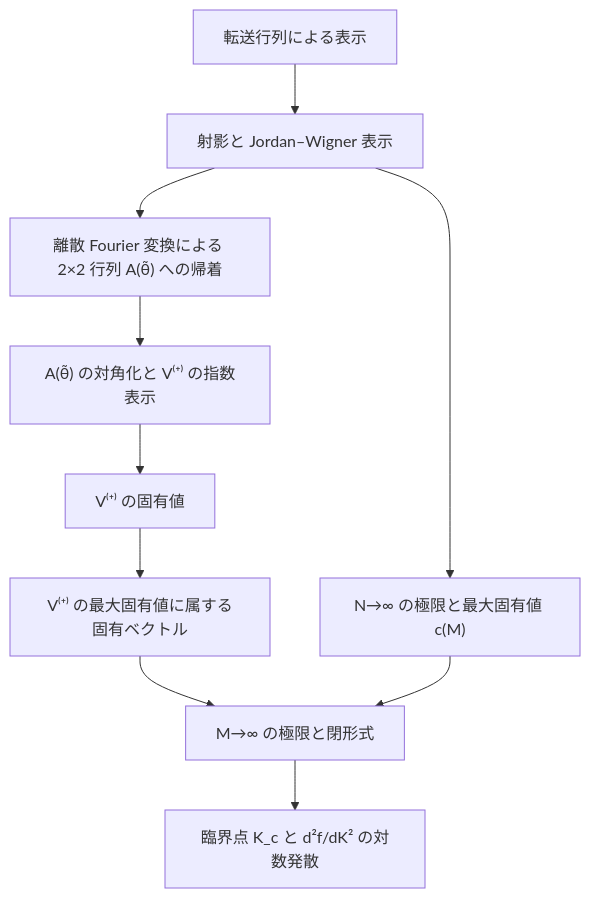
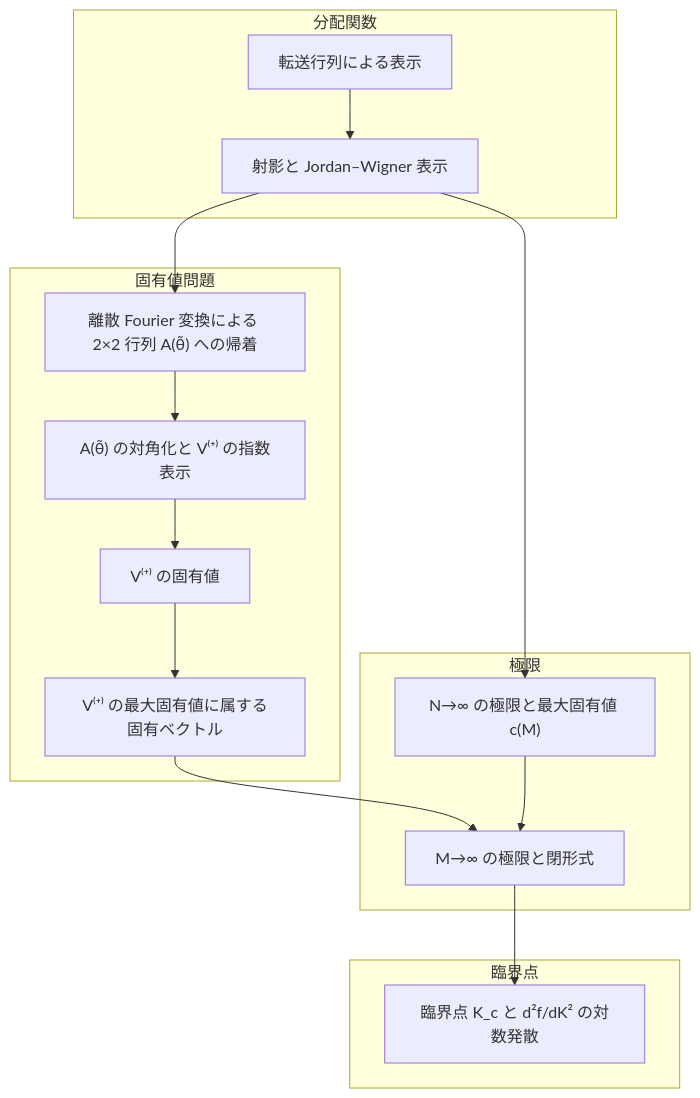
One commit to masaori/math changed the diagram in exact-solution-of-2d-ising-model/docs/tasks/six-chapter-organization-proposal.md. Above: the diagram before and after it, drawn with Mermaid. The commit also changed other lines of this file and 1 other file, not shown here.

Commit message:
複素行列版論文: 章の依存関係の図で章を部ごとに枠で囲う

````diff
--- a/exact-solution-of-2d-ising-model/docs/tasks/six-chapter-organization-proposal.md
+++ b/exact-solution-of-2d-ising-model/docs/tasks/six-chapter-organization-proposal.md
@@ -203,22 +203,30 @@
 ```mermaid
 flowchart TD
-  trace["転送行列による表示"]
-  proj["射影と Jordan–Wigner 表示"]
-  fourier["離散 Fourier 変換による 2×2 行列 A(θ̃) への帰着"]
-  diag["A(θ̃) の対角化と V⁽⁺⁾ の指数表示"]
-  eig["V⁽⁺⁾ の固有値"]
-  maxvec["V⁽⁺⁾ の最大固有値に属する固有ベクトル"]
-  rowlim["N→∞ の極限と最大固有値 c(M)"]
-  collim["M→∞ の極限と閉形式"]
-  crit["臨界点 K_c と d²f/dK² の対数発散"]
+  subgraph partition["分配関数"]
+    trace["転送行列による表示"]
+    proj["射影と Jordan–Wigner 表示"]
+  end
+  subgraph eigenproblem["固有値問題"]
+    fourier["離散 Fourier 変換による 2×2 行列 A(θ̃) への帰着"]
+    diag["A(θ̃) の対角化と V⁽⁺⁾ の指数表示"]
+    eig["V⁽⁺⁾ の固有値"]
+    maxvec["V⁽⁺⁾ の最大固有値に属する固有ベクトル"]
+  end
+  subgraph limits["極限"]
+    rowlim["N→∞ の極限と最大固有値 c(M)"]
+    collim["M→∞ の極限と閉形式"]
+  end
+  subgraph critical["臨界点"]
+    crit["臨界点 K_c と d²f/dK² の対数発散"]
+  end
 
   trace --> proj
   proj --> fourier
   fourier --> diag
   diag --> eig
   eig --> maxvec
   maxvec --> collim
   proj --> rowlim
   rowlim --> collim
   collim --> crit
 ```
````
